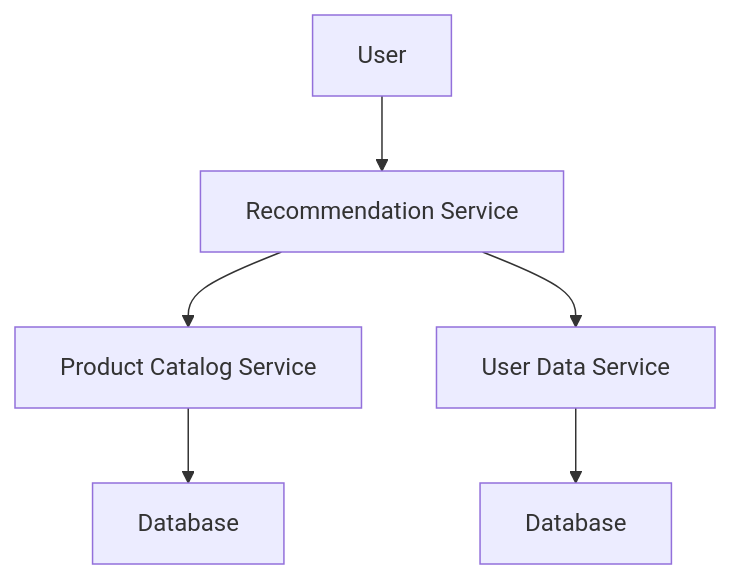
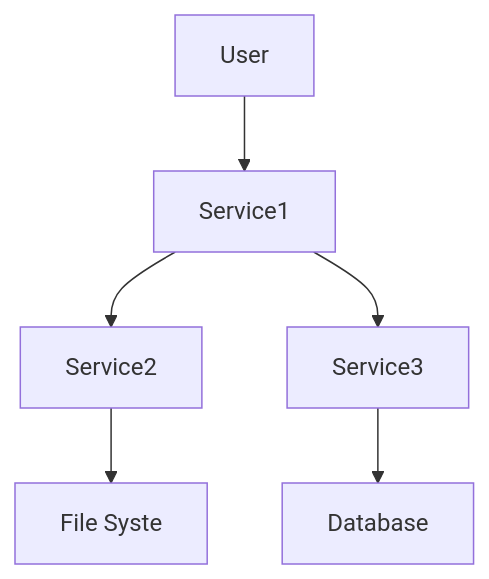
One commit to siddjoshi/opentelemetry-demo changed the diagram in README.md. Above: the diagram before and after it, drawn with Mermaid. The commit also changed other lines of this file, not shown here.

````diff
--- a/README.md
+++ b/README.md
@@ -21,8 +58,8 @@
 ```mermaid
 graph TD
-    A[User] --> B[Recommendation Service]
-    B --> C[Product Catalog Service]
-    B --> D[User Data Service]
-    C --> E[Database]
+    A[User] --> B[ Service1]
+    B --> C[Service2]
+    B --> D[Service3]
+    C --> E[File Syste]
     D --> F[Database]
 ```
````
